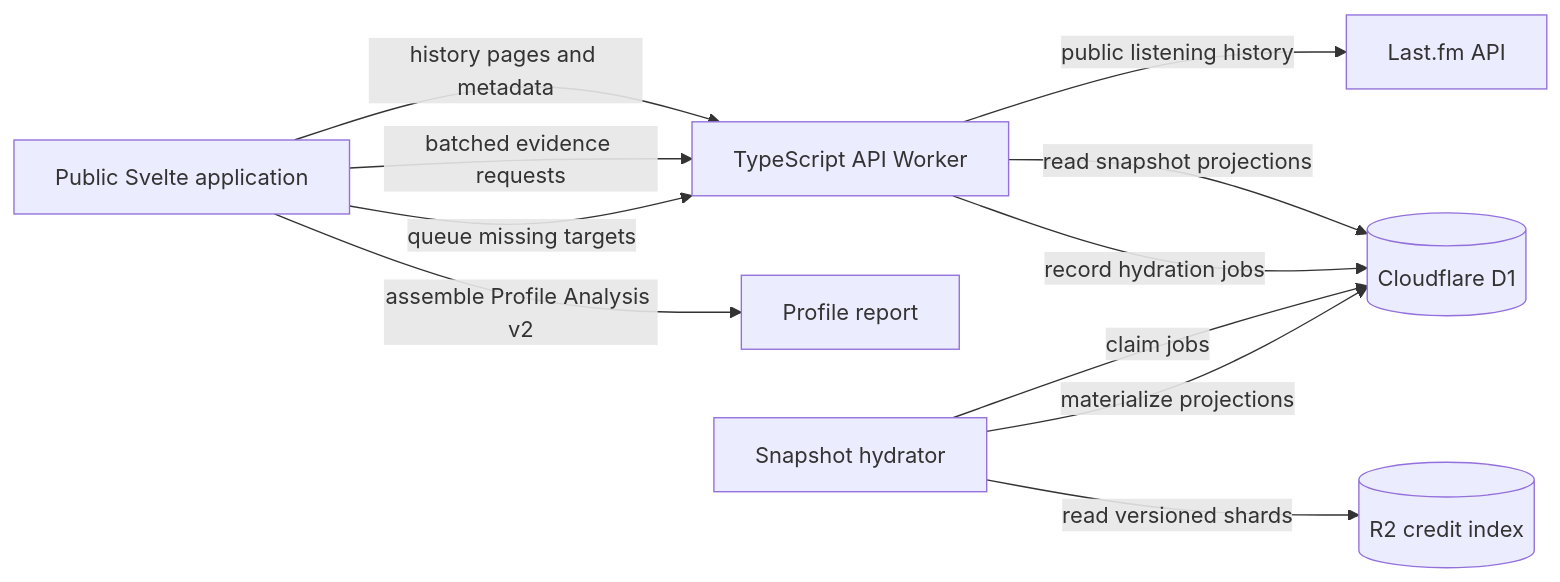
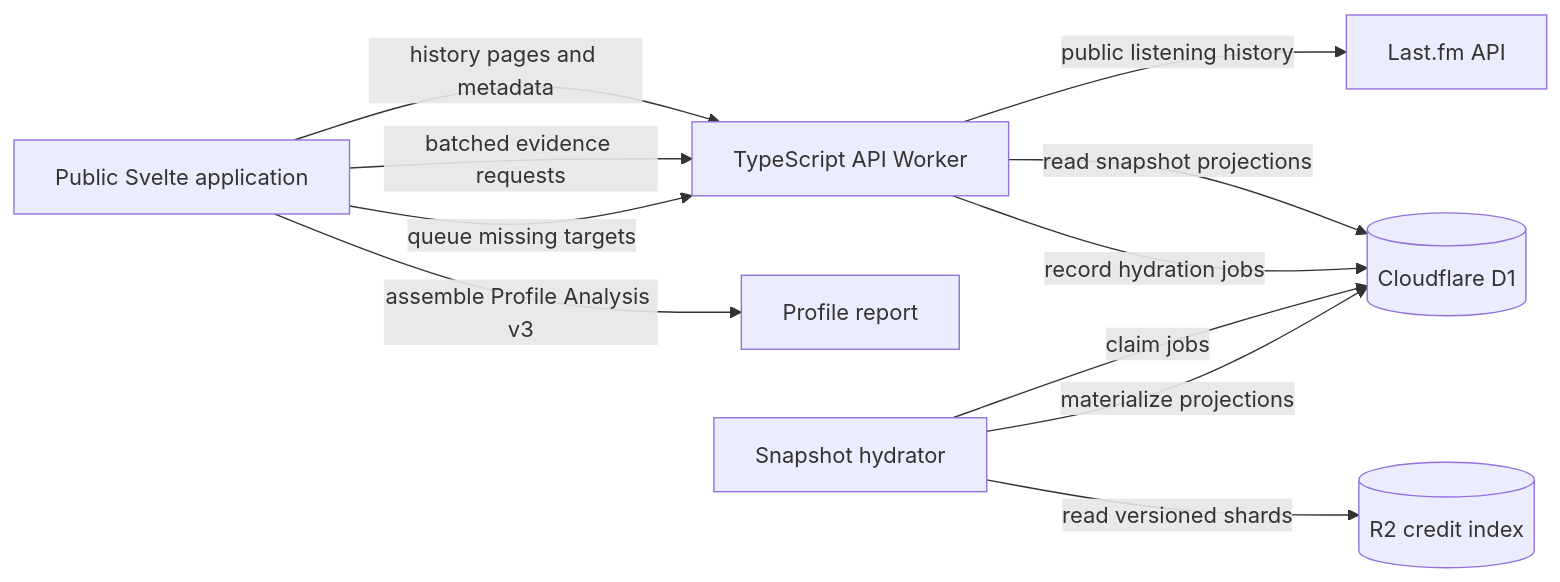
One commit to rosa-gus/timbre-palette changed the diagram in README.md. Above: the diagram before and after it, drawn with Mermaid. The commit also changed other lines of this file and 56 other files, not shown here.

````diff
--- a/README.md
+++ b/README.md
@@ -58,13 +58,13 @@
 ```mermaid
 flowchart LR
     Browser[Public Svelte application] -->|history pages and metadata| API[TypeScript API Worker]
     API -->|public listening history| LastFM[Last.fm API]
     Browser -->|batched evidence requests| API
     API -->|read snapshot projections| D1[(Cloudflare D1)]
     Browser -->|queue missing targets| API
     API -->|record hydration jobs| D1
-    Browser -->|assemble Profile Analysis v2| Report[Profile report]
+    Browser -->|assemble Profile Analysis v3| Report[Profile report]
     Hydrator[Snapshot hydrator] -->|claim jobs| D1
     Hydrator -->|read versioned shards| R2[(R2 credit index)]
     Hydrator -->|materialize projections| D1
 ```
````
